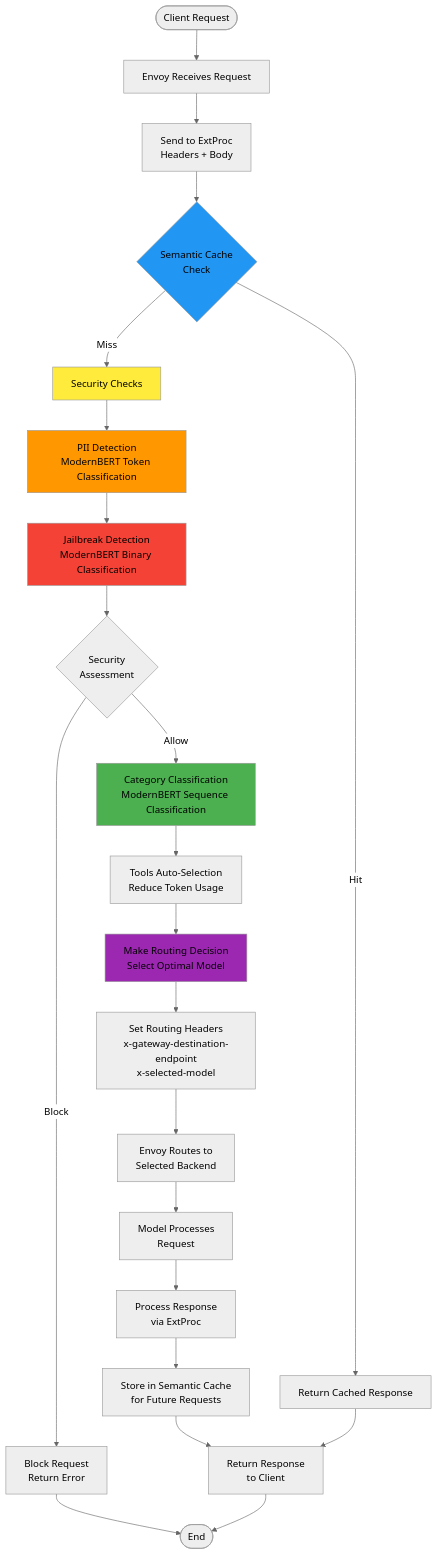
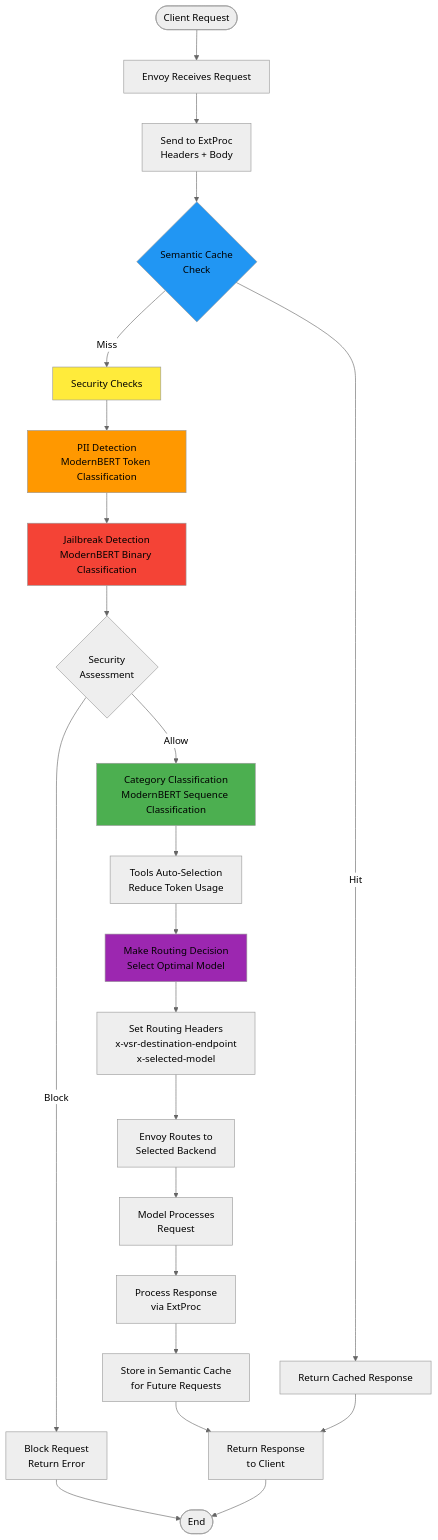
One commit to yuluo-yx/semantic-router changed the diagram in website/docs/overview/architecture/system-architecture.md. Above: the diagram before and after it, drawn with Mermaid (neutral theme). The commit also changed 40 other files, not shown here.

````diff
--- a/website/docs/overview/architecture/system-architecture.md
+++ b/website/docs/overview/architecture/system-architecture.md
@@ -219,45 +219,45 @@
 ```mermaid
 graph TB
     Start([Client Request]) --> EnvoyReceive[Envoy Receives Request]
     
     EnvoyReceive --> ExtProcSend[Send to ExtProc<br/>Headers + Body]
     
     ExtProcSend --> CacheCheck{Semantic Cache<br/>Check}
     
     CacheCheck -->|Hit| CacheReturn[Return Cached Response]
     CacheCheck -->|Miss| SecurityCheck[Security Checks]
     
     SecurityCheck --> PIICheck[PII Detection<br/>ModernBERT Token Classification]
     PIICheck --> JailbreakCheck[Jailbreak Detection<br/>ModernBERT Binary Classification]
     
     JailbreakCheck --> SecurityDecision{Security<br/>Assessment}
     SecurityDecision -->|Block| BlockRequest[Block Request<br/>Return Error]
     SecurityDecision -->|Allow| CategoryClassification[Category Classification<br/>ModernBERT Sequence Classification]
     
     CategoryClassification --> ToolsSelection[Tools Auto-Selection<br/>Reduce Token Usage]
     
     ToolsSelection --> RoutingDecision[Make Routing Decision<br/>Select Optimal Model]
     
-    RoutingDecision --> SetHeaders[Set Routing Headers<br/>x-gateway-destination-endpoint<br/>x-selected-model]
+    RoutingDecision --> SetHeaders[Set Routing Headers<br/>x-vsr-destination-endpoint<br/>x-selected-model]
     
     SetHeaders --> EnvoyRoute[Envoy Routes to<br/>Selected Backend]
     
     EnvoyRoute --> ModelResponse[Model Processes<br/>Request]
     
     ModelResponse --> ResponseProcess[Process Response<br/>via ExtProc]
     
     ResponseProcess --> CacheStore[Store in Semantic Cache<br/>for Future Requests]
     
     CacheStore --> FinalResponse[Return Response<br/>to Client]
     
     CacheReturn --> FinalResponse
     BlockRequest --> End([End])
     FinalResponse --> End
     
     style SecurityCheck fill:#ffeb3b
     style PIICheck fill:#ff9800  
     style JailbreakCheck fill:#f44336
     style CategoryClassification fill:#4caf50
     style CacheCheck fill:#2196f3
     style RoutingDecision fill:#9c27b0
 ```
````
